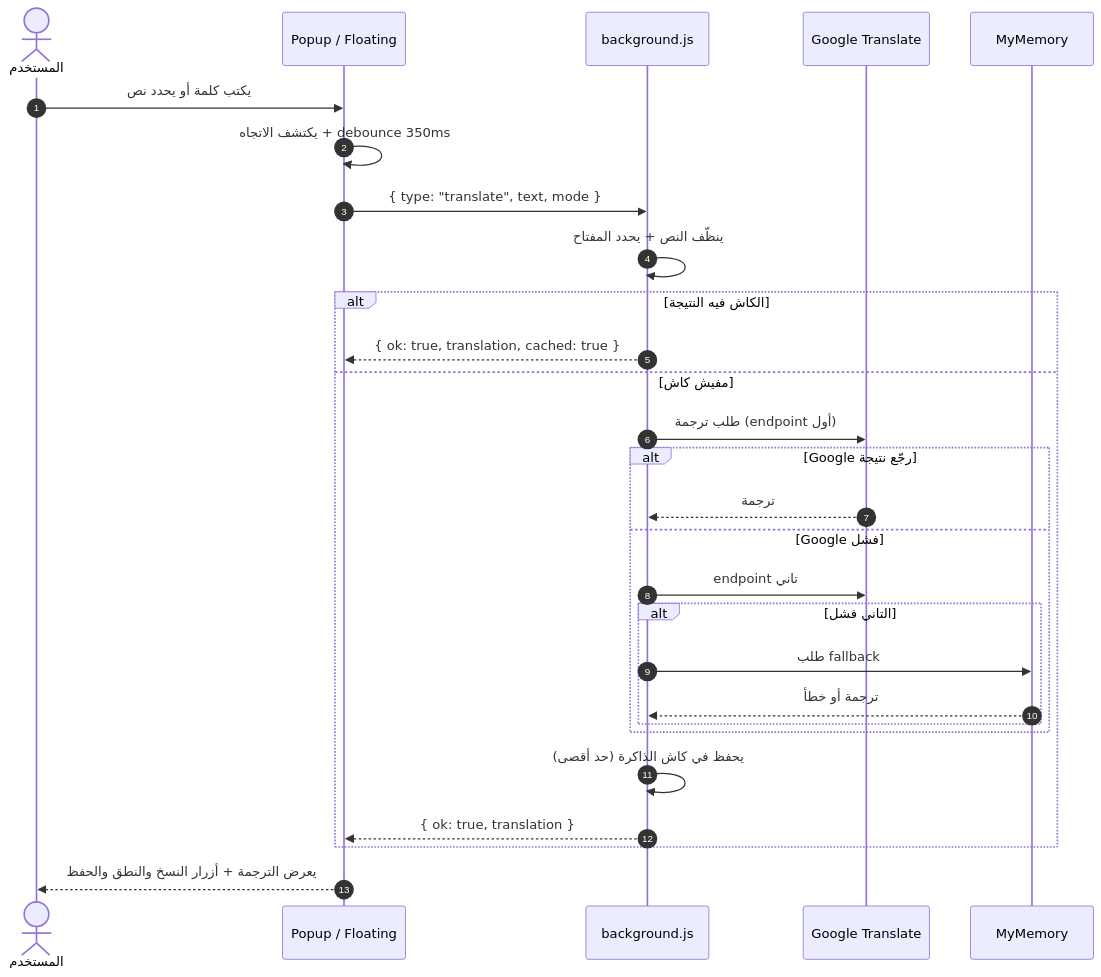
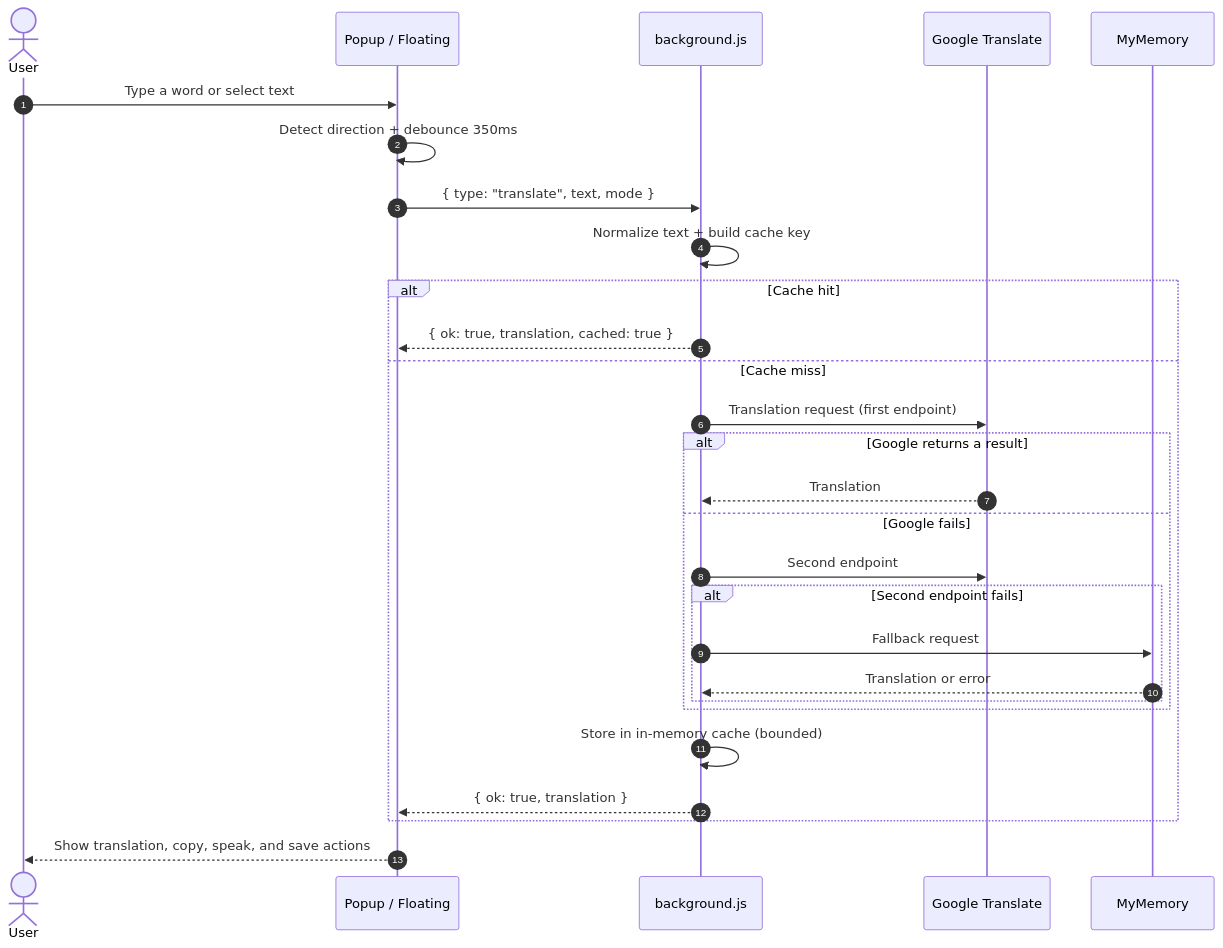
One commit to nagdista-dev/hassala changed the second of 4 diagrams in docs/ARCHITECTURE.md. Above: the diagram before and after it, drawn with Mermaid. The commit also changed other lines of this file and 16 other files, not shown here.

````diff
--- a/docs/ARCHITECTURE.md
+++ b/docs/ARCHITECTURE.md
@@ -107,31 +110,31 @@
 ```mermaid
 sequenceDiagram
     autonumber
-    actor User as المستخدم
+    actor User
     participant UI as Popup / Floating
     participant BG as background.js
     participant G as Google Translate
     participant M as MyMemory
 
-    User->>UI: يكتب كلمة أو يحدد نص
-    UI->>UI: يكتشف الاتجاه + debounce 350ms
+    User->>UI: Type a word or select text
+    UI->>UI: Detect direction + debounce 350ms
     UI->>BG: { type: "translate", text, mode }
-    BG->>BG: ينظّف النص + يحدد المفتاح
-    alt الكاش فيه النتيجة
+    BG->>BG: Normalize text + build cache key
+    alt Cache hit
         BG-->>UI: { ok: true, translation, cached: true }
-    else مفيش كاش
-        BG->>G: طلب ترجمة (endpoint أول)
-        alt Google رجّع نتيجة
-            G-->>BG: ترجمة
-        else Google فشل
-            BG->>G: endpoint تاني
-            alt التاني فشل
-                BG->>M: طلب fallback
-                M-->>BG: ترجمة أو خطأ
+    else Cache miss
+        BG->>G: Translation request (first endpoint)
+        alt Google returns a result
+            G-->>BG: Translation
+        else Google fails
+            BG->>G: Second endpoint
+            alt Second endpoint fails
+                BG->>M: Fallback request
+                M-->>BG: Translation or error
             end
         end
-        BG->>BG: يحفظ في كاش الذاكرة (حد أقصى)
+        BG->>BG: Store in in-memory cache (bounded)
         BG-->>UI: { ok: true, translation }
     end
-    UI-->>User: يعرض الترجمة + أزرار النسخ والنطق والحفظ
+    UI-->>User: Show translation, copy, speak, and save actions
 ```
````
